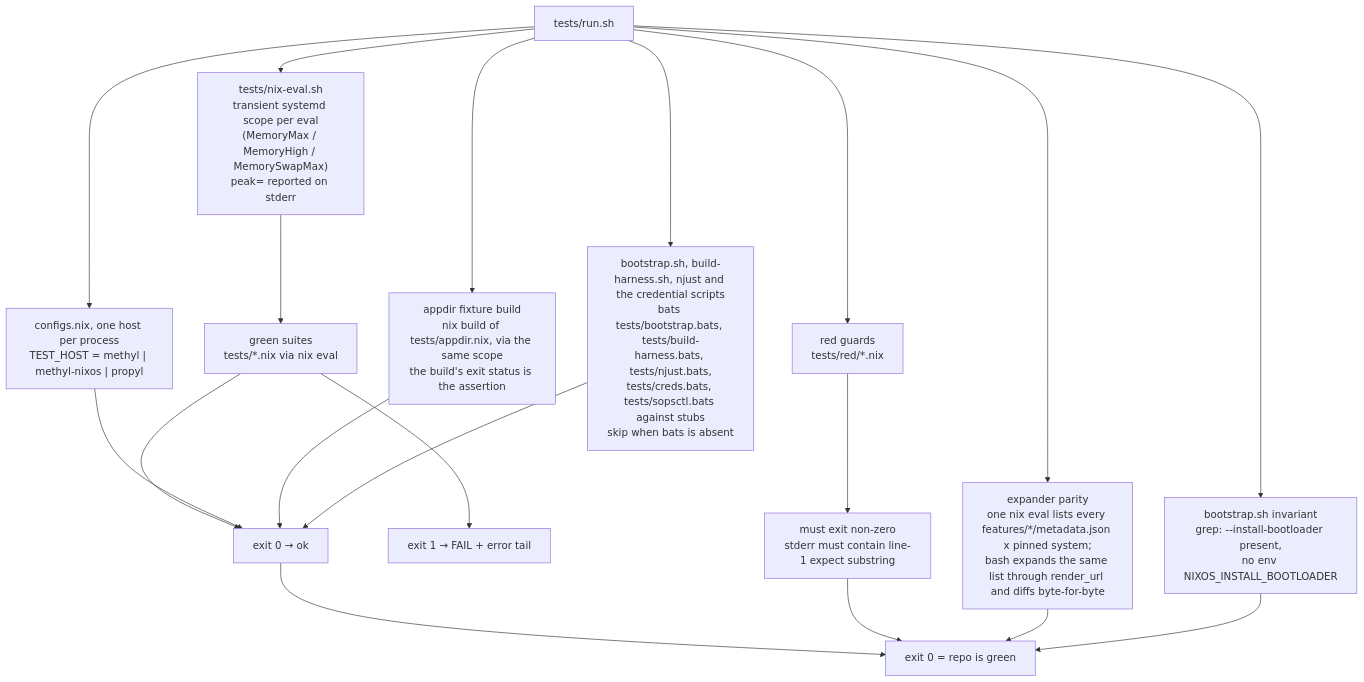
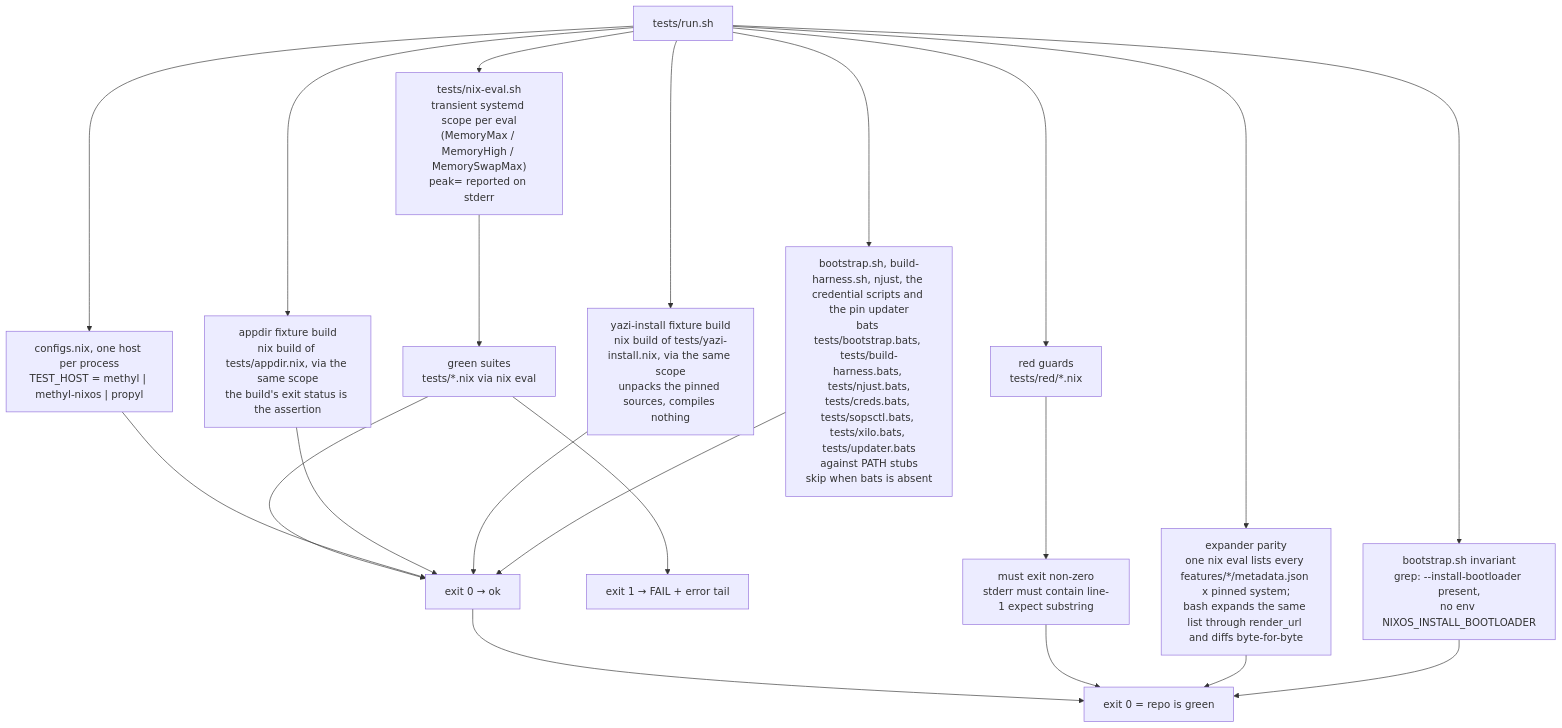
Before and after one commit to WombatFromHell/automatic-palm-tree: the first of 5 diagrams in TEST_DESIGN.md, drawn with Mermaid. The commit also changed other lines of this file and 38 other files, not shown here.

````diff
--- a/TEST_DESIGN.md
+++ b/TEST_DESIGN.md
@@ -14,21 +16,23 @@
 ```mermaid
 flowchart TD
   R["tests/run.sh"] --> N["tests/nix-eval.sh<br/>transient systemd scope per eval<br/>(MemoryMax / MemoryHigh / MemorySwapMax)<br/>peak= reported on stderr"]
   N --> G["green suites<br/>tests/*.nix via nix eval"]
   G --> G1["exit 0 → ok"]
   G --> G2["exit 1 → FAIL + error tail"]
   R --> C["configs.nix, one host per process<br/>TEST_HOST = methyl | methyl-nixos | propyl"]
   C --> G1
   R --> D["red guards<br/>tests/red/*.nix"]
   D --> D1["must exit non-zero<br/>stderr must contain line-1 expect substring"]
   R --> P["expander parity<br/>one nix eval lists every features/*/metadata.json x pinned system;<br/>bash expands the same list through render_url and diffs byte-for-byte"]
   R --> B["bootstrap.sh invariant<br/>grep: --install-bootloader present,<br/>no env NIXOS_INSTALL_BOOTLOADER"]
   R --> A["appdir fixture build<br/>nix build of tests/appdir.nix, via the same scope<br/>the build's exit status is the assertion"]
   A --> G1
-  R --> I["bootstrap.sh, build-harness.sh, njust and the credential scripts<br/>bats tests/bootstrap.bats, tests/build-harness.bats, tests/njust.bats,<br/>tests/creds.bats, tests/sopsctl.bats against stubs<br/>skip when bats is absent"]
+  R --> Y["yazi-install fixture build<br/>nix build of tests/yazi-install.nix, via the same scope<br/>unpacks the pinned sources, compiles nothing"]
+  Y --> G1
+  R --> I["bootstrap.sh, build-harness.sh, njust, the credential scripts and the pin updater<br/>bats tests/bootstrap.bats, tests/build-harness.bats, tests/njust.bats,<br/>tests/creds.bats, tests/sopsctl.bats, tests/xilo.bats, tests/updater.bats<br/>against PATH stubs<br/>skip when bats is absent"]
   I --> G1
   G1 --> X["exit 0 = repo is green"]
   D1 --> X
   P --> X
   B --> X
 ```
````
